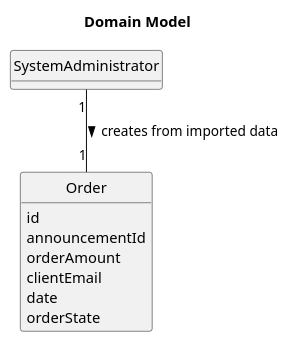
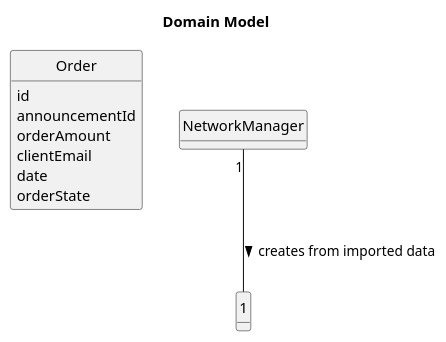
One commit to Goncalves2525/real-estate-management-system changed the diagram in docs/sprintD/us017/02.analysis/puml/us012-domain-model.puml. Above: the diagram before and after it, drawn with PlantUML. The commit also changed 10 other files, not shown here.

Commit message:
NetworkManager [US017] [Update repository]

```diff
--- a/docs/sprintD/us017/02.analysis/puml/us012-domain-model.puml
+++ b/docs/sprintD/us017/02.analysis/puml/us012-domain-model.puml
@@ -1,25 +1,25 @@
 @startuml
 skinparam monochrome true
 skinparam packageStyle rectangle
 skinparam shadowing false
 
 'left to right direction
 
 skinparam classAttributeIconSize 0
 
 hide circle
 hide methods
 
 title Domain Model
 
 class Order{
     id
     announcementId
     orderAmount
     clientEmail
     date
     orderState
 }
-SystemAdministrator "1" -- "1" Order : creates from imported data >
+NetworkManager "1" -- "1"  : creates from imported data >
 
 @enduml
```
